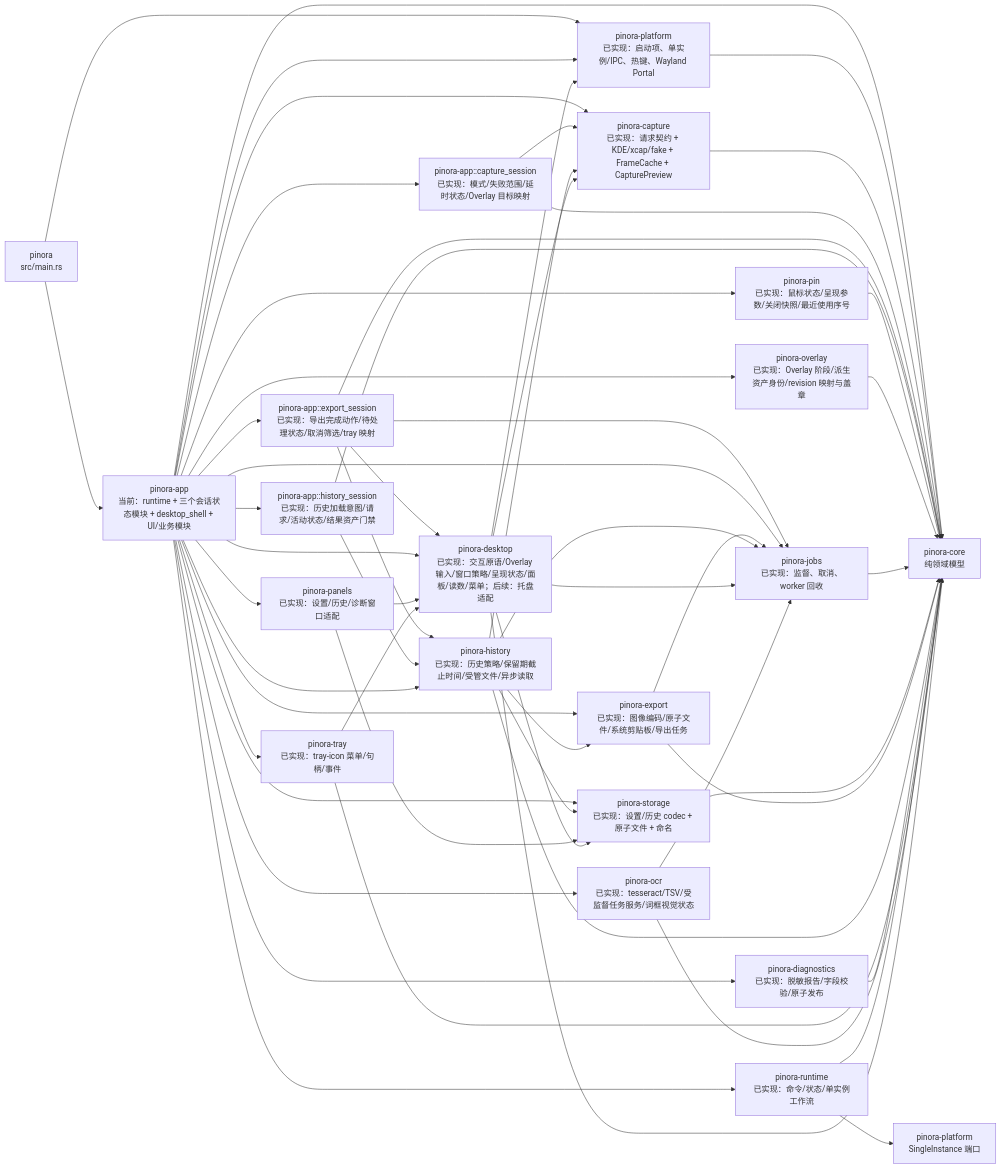
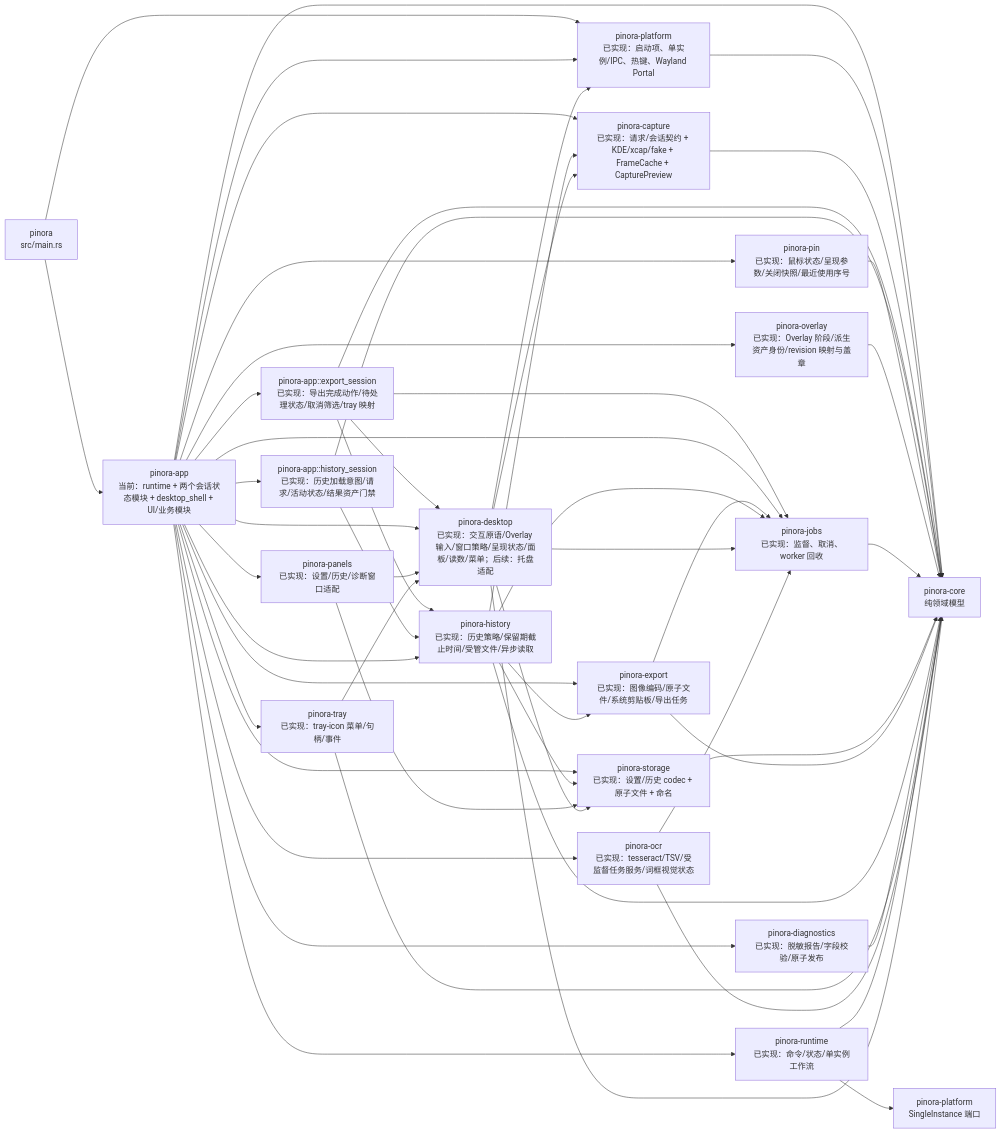
The third of 29 diagrams in docs/Pinora-开发设计文档.md (yhyzgn/pinora), drawn with Mermaid before and after one commit. The commit also changed other lines of this file and 10 other files, not shown here.

First line of the commit message:
refactor(capture): move session contract to capture crate

````diff
--- a/docs/Pinora-开发设计文档.md
+++ b/docs/Pinora-开发设计文档.md
@@ -236,59 +236,56 @@
 ```mermaid
 flowchart LR
-    Main["pinora\nsrc/main.rs"] --> App["pinora-app\n当前：runtime + 三个会话状态模块 + desktop_shell + UI/业务模块"]
+    Main["pinora\nsrc/main.rs"] --> App["pinora-app\n当前：runtime + 两个会话状态模块 + desktop_shell + UI/业务模块"]
     Main --> Platform["pinora-platform\n已实现：启动项、单实例/IPC、热键、Wayland Portal"]
     App --> Platform
     App --> Core["pinora-core\n纯领域模型"]
     Platform --> Core
 
-    App --> CaptureNow["pinora-capture\n已实现：请求契约 + KDE/xcap/fake + FrameCache + CapturePreview"]
+    App --> CaptureNow["pinora-capture\n已实现：请求/会话契约 + KDE/xcap/fake + FrameCache + CapturePreview"]
     CaptureNow --> Core
-    App --> CaptureSession["pinora-app::capture_session\n已实现：模式/失败范围/延时状态/Overlay 目标映射"]
-    CaptureSession --> CaptureNow
-    CaptureSession --> Core
     App --> ExportSession["pinora-app::export_session\n已实现：导出完成动作/待处理状态/取消筛选/tray 映射"]
     ExportSession --> Core
     ExportSession --> HistoryNow
     ExportSession --> Desktop
     ExportSession --> JobsNow
     App --> HistorySession["pinora-app::history_session\n已实现：历史加载意图/请求/活动状态/结果资产门禁"]
     HistorySession --> Core
     HistorySession --> HistoryNow
     App --> PinSession["pinora-pin\n已实现：鼠标状态/呈现参数/关闭快照/最近使用序号"]
     PinSession --> Core
     App --> OverlaySession["pinora-overlay\n已实现：Overlay 阶段/派生资产身份/revision 映射与盖章"]
     OverlaySession --> Core
     App --> JobsNow["pinora-jobs\n已实现：监督、取消、worker 回收"]
     JobsNow --> Core
     App --> StorageNow["pinora-storage\n已实现：设置/历史 codec + 原子文件 + 命名"]
     StorageNow --> Core
     App --> Desktop["pinora-desktop\n已实现：交互原语/Overlay 输入/窗口策略/呈现状态/面板/读数/菜单；后续：托盘适配"]
     App --> ExportNow["pinora-export\n已实现：图像编码/原子文件/系统剪贴板/导出任务"]
     ExportNow --> Core
     ExportNow --> JobsNow
     App --> HistoryNow["pinora-history\n已实现：历史策略/保留期截止时间/受管文件/异步读取"]
     HistoryNow --> Core
     HistoryNow --> StorageNow
     HistoryNow --> CaptureNow
     HistoryNow --> JobsNow
     HistoryNow --> ExportNow
     App --> DiagnosticsNow["pinora-diagnostics\n已实现：脱敏报告/字段校验/原子发布"]
     DiagnosticsNow --> Core
     App --> PanelsNow["pinora-panels\n已实现：设置/历史/诊断窗口适配"]
     PanelsNow --> Desktop
     PanelsNow --> StorageNow
     App --> TrayNow["pinora-tray\n已实现：tray-icon 菜单/句柄/事件"]
     TrayNow --> Core
     TrayNow --> Desktop
     App --> RuntimeNow["pinora-runtime\n已实现：命令/状态/单实例工作流"]
     RuntimeNow --> Core
     RuntimeNow --> PlatformNow["pinora-platform\nSingleInstance 端口"]
     App --> Ocr["pinora-ocr\n已实现：tesseract/TSV/受监督任务服务/词框视觉状态"]
     Ocr --> Core
     Desktop --> Core
     Desktop --> Platform
     Desktop --> CaptureNow
     Desktop --> JobsNow
     Desktop --> StorageNow
     Ocr --> JobsNow
 ```
````
